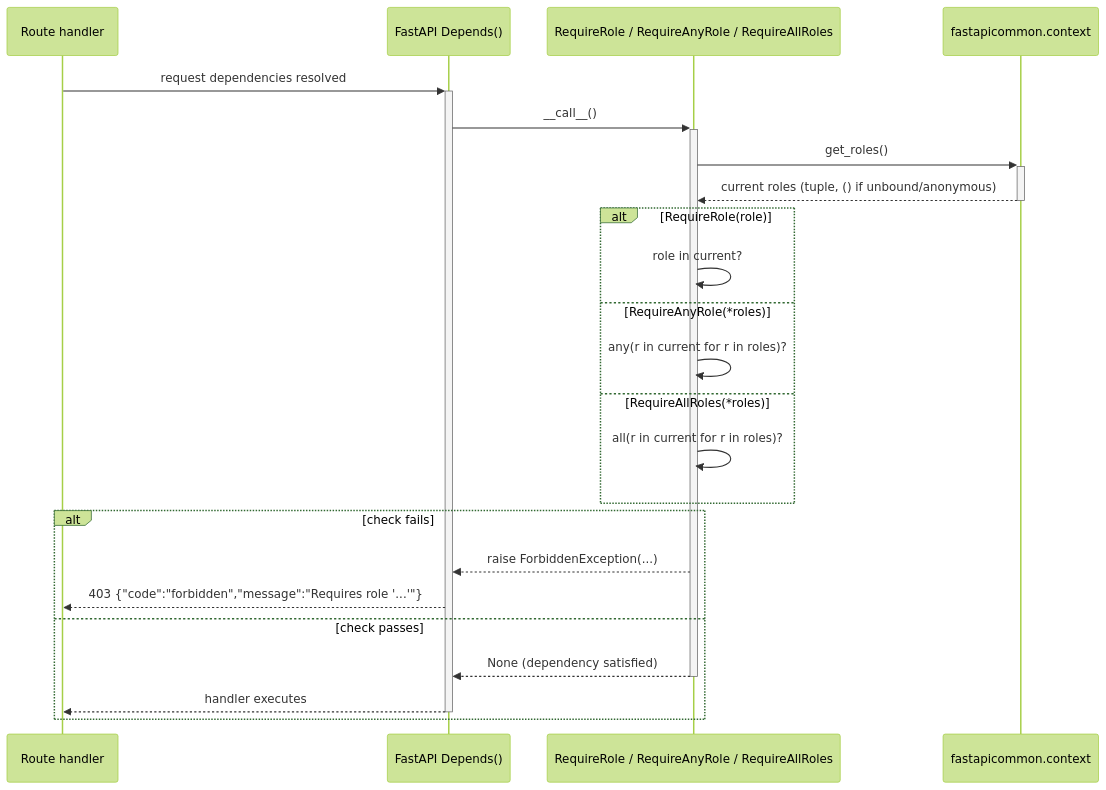
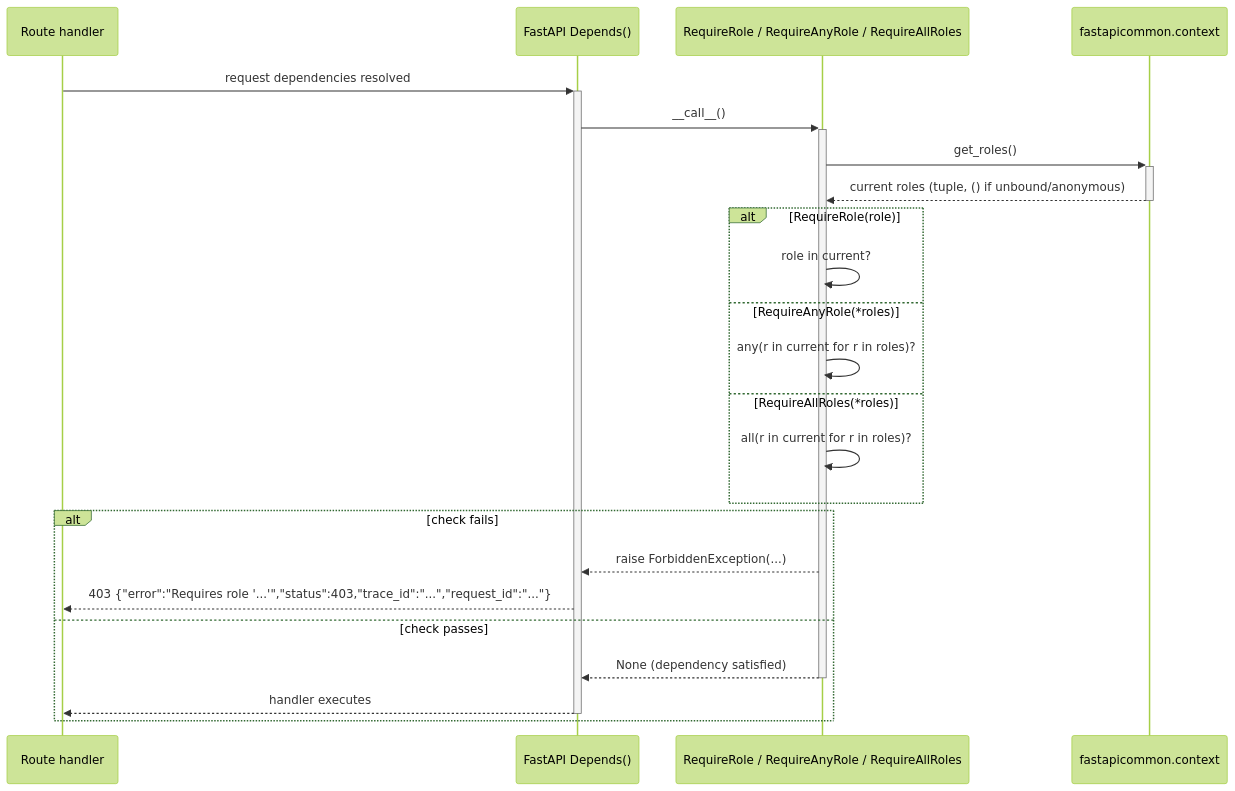
The diagram in docs/architecture/mermaid/rbac-dependency-flow.mmd (BCBP-SOLUTIONS-FZC-LLC/platform-fastapicommon), drawn with Mermaid (forest theme) before and after one commit. The commit also changed 24 other files, not shown here.

```diff
--- a/docs/architecture/mermaid/rbac-dependency-flow.mmd
+++ b/docs/architecture/mermaid/rbac-dependency-flow.mmd
@@ -1,26 +1,26 @@
 sequenceDiagram
     participant H as Route handler
     participant Dep as FastAPI Depends()
     participant RBAC as RequireRole / RequireAnyRole / RequireAllRoles
     participant Ctx as fastapicommon.context
 
     H ->>+ Dep: request dependencies resolved
     Dep ->>+ RBAC: __call__()
     RBAC ->>+ Ctx: get_roles()
     Ctx -->>- RBAC: current roles (tuple, () if unbound/anonymous)
 
     alt RequireRole(role)
         RBAC ->> RBAC: role in current?
     else RequireAnyRole(*roles)
         RBAC ->> RBAC: any(r in current for r in roles)?
     else RequireAllRoles(*roles)
         RBAC ->> RBAC: all(r in current for r in roles)?
     end
 
     alt check fails
         RBAC -->> Dep: raise ForbiddenException(...)
-        Dep -->> H: 403 {"code":"forbidden","message":"Requires role '...'"}
+        Dep -->> H: 403 {"error":"Requires role '...'","status":403,"trace_id":"...","request_id":"..."}
     else check passes
         RBAC -->>- Dep: None (dependency satisfied)
         Dep -->>- H: handler executes
     end
```
